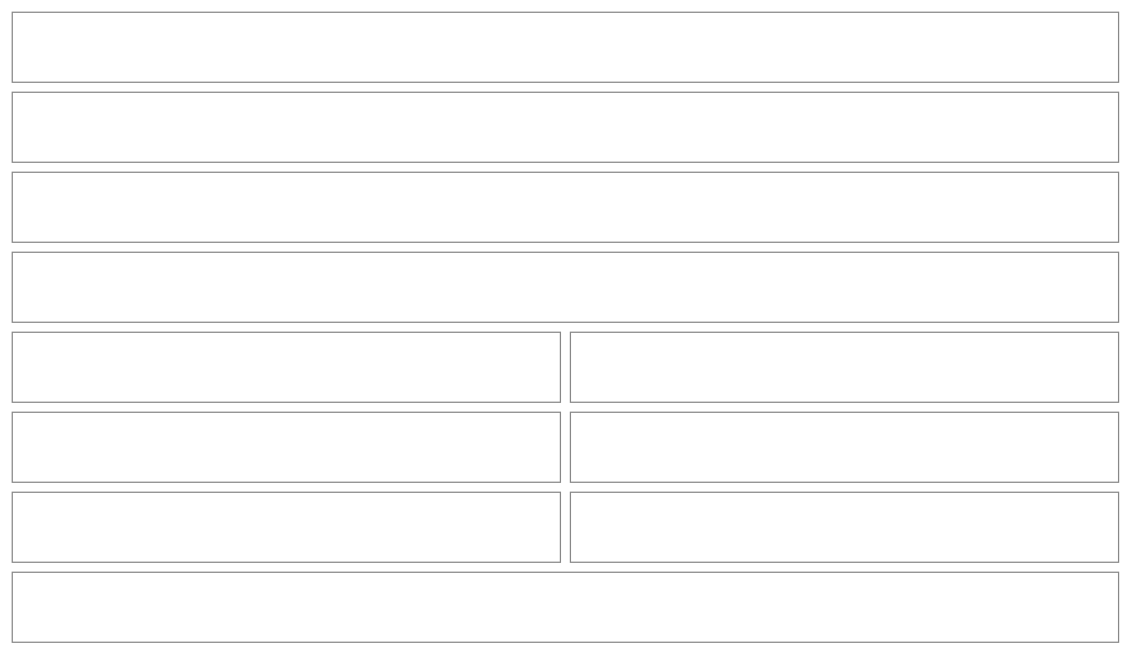
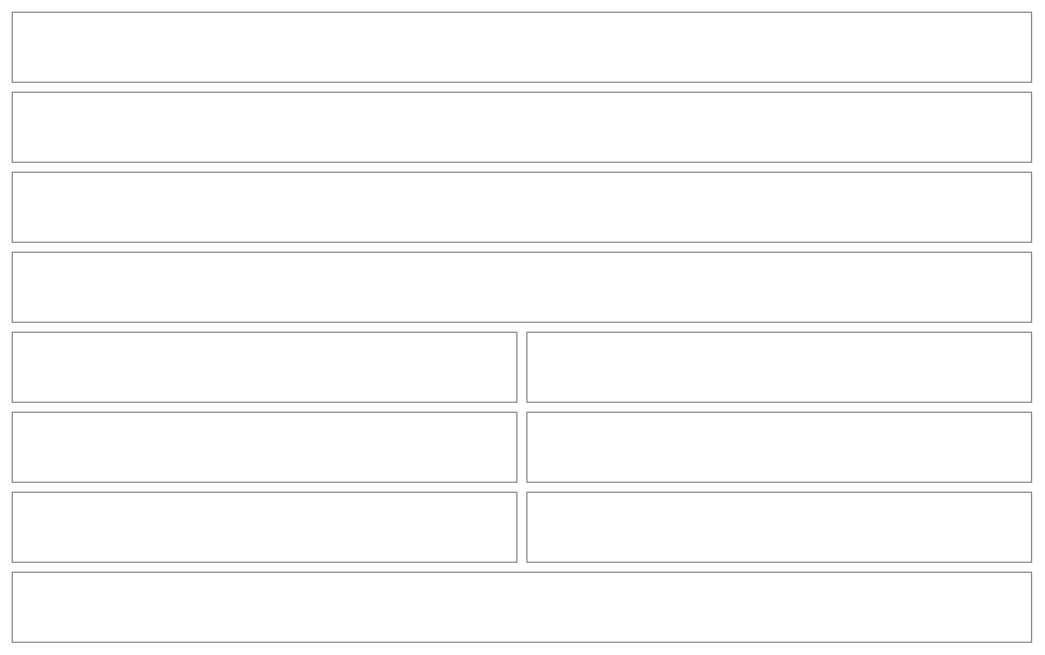
One commit to NovaMoonX/moondreams-dev-apps changed diagram 38 of 56 in src/apps/pinch/UX.md. Above: the diagram before and after it, drawn with Mermaid. The commit also changed other lines of this file and 5 other files, not shown here.

````diff
--- a/src/apps/pinch/UX.md
+++ b/src/apps/pinch/UX.md
@@ -1231,27 +1256,27 @@
 ```mermaid
 %%{init: {'theme': 'base', 'themeVariables': {'primaryColor': 'transparent', 'primaryBorderColor': '#888888', 'primaryTextColor': '#333333', 'lineColor': '#888888'}}}%%
 block-beta
   columns 2
   BK1["Oct 15 – 21"]:2
   BK2["$5.05 so far ⚠<br/>Cost · 2 of 16 ingredients priced"]:2
   BK3["13 ingredients need a price · Add prices   Not now"]:2
   BK3b["Add to shopping list · 9 meals from today on"]:2
   BK4["Today · 3 meals"]:1
   BK5["$0.68+ ›"]:1
   BK6["Tomorrow · 2 meals"]:1
   BK7["$0.23+ ›"]:1
-  BK8["Avg per priced meal (only while Show averages is off)"]:1
+  BK8["Avg per priced meal (only while Show stats is off)"]:1
   BK9["$0.30"]:1
   BK10["Done"]:2
   style BK1 fill:transparent,stroke:#888888,stroke-width:1px;
   style BK2 fill:transparent,stroke:#888888,stroke-width:1px;
   style BK3 fill:transparent,stroke:#888888,stroke-width:1px;
   style BK3b fill:transparent,stroke:#888888,stroke-width:1px;
   style BK4 fill:transparent,stroke:#888888,stroke-width:1px;
   style BK5 fill:transparent,stroke:#888888,stroke-width:1px;
   style BK6 fill:transparent,stroke:#888888,stroke-width:1px;
   style BK7 fill:transparent,stroke:#888888,stroke-width:1px;
   style BK8 fill:transparent,stroke:#888888,stroke-width:1px;
   style BK9 fill:transparent,stroke:#888888,stroke-width:1px;
   style BK10 fill:transparent,stroke:#888888,stroke-width:1px;
 ```
````
